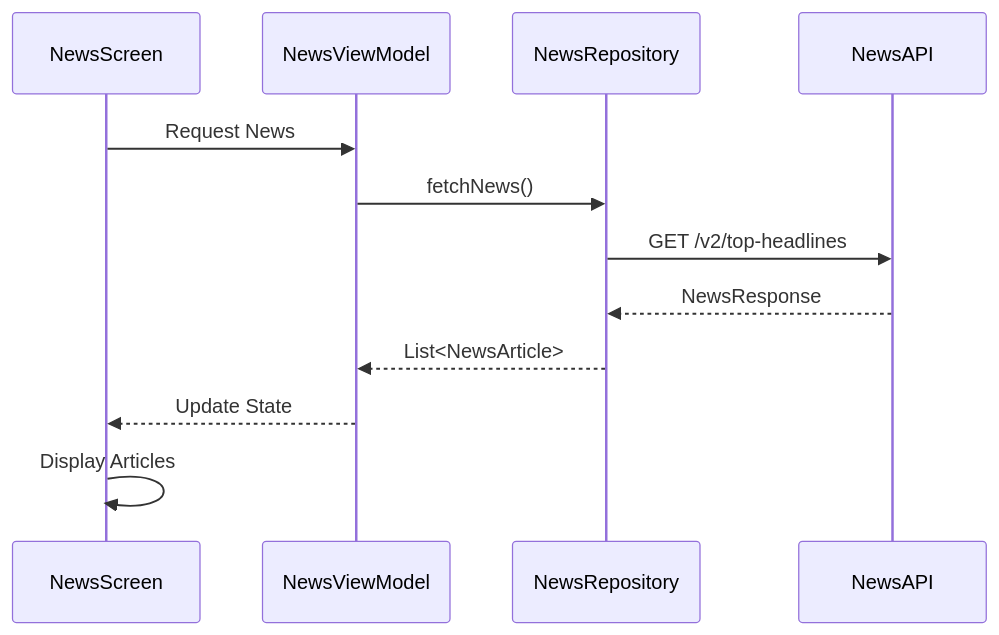
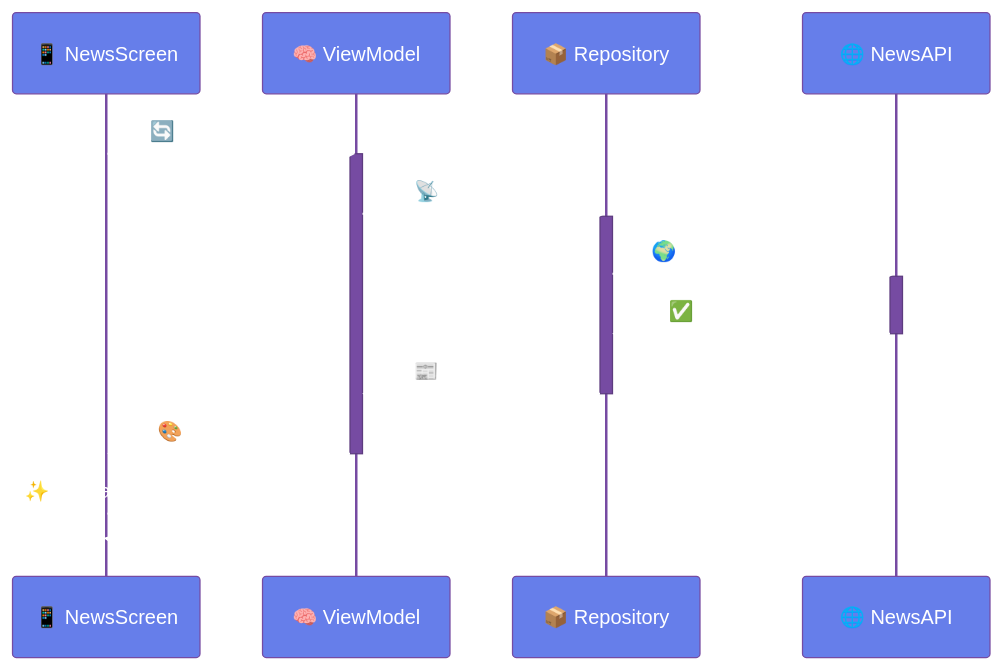
The second of 3 diagrams in README.md (DAlgoSculptor/Alzajeera-News-App), drawn with Mermaid before and after one commit. The commit also changed other lines of this file, not shown here.

````diff
--- a/README.md
+++ b/README.md
@@ -246,15 +295,22 @@
 ```mermaid
+%%{init: {'theme':'base', 'themeVariables': { 'primaryColor':'#667eea','primaryTextColor':'#fff','primaryBorderColor':'#764ba2','lineColor':'#667eea','secondaryColor':'#764ba2','tertiaryColor':'#f093fb'}}}%%
 sequenceDiagram
-    participant UI as NewsScreen
-    participant VM as NewsViewModel
-    participant Repo as NewsRepository
-    participant API as NewsAPI
+    participant UI as 📱 NewsScreen
+    participant VM as 🧠 ViewModel
+    participant Repo as 📦 Repository
+    participant API as 🌐 NewsAPI
     
-    UI->>VM: Request News
-    VM->>Repo: fetchNews()
-    Repo->>API: GET /v2/top-headlines
-    API-->>Repo: NewsResponse
-    Repo-->>VM: List<NewsArticle>
-    VM-->>UI: Update State
-    UI->>UI: Display Articles
+    UI->>VM: 🔄 Request News
+    activate VM
+    VM->>Repo: 📡 fetchNews()
+    activate Repo
+    Repo->>API: 🌍 GET /top-headlines
+    activate API
+    API-->>Repo: ✅ NewsResponse
+    deactivate API
+    Repo-->>VM: 📰 List<Article>
+    deactivate Repo
+    VM-->>UI: 🎨 Update State
+    deactivate VM
+    UI->>UI: ✨ Display Articles
 ```
````
